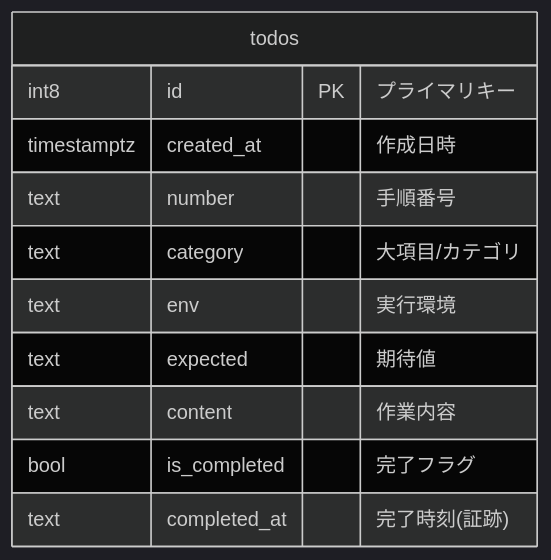
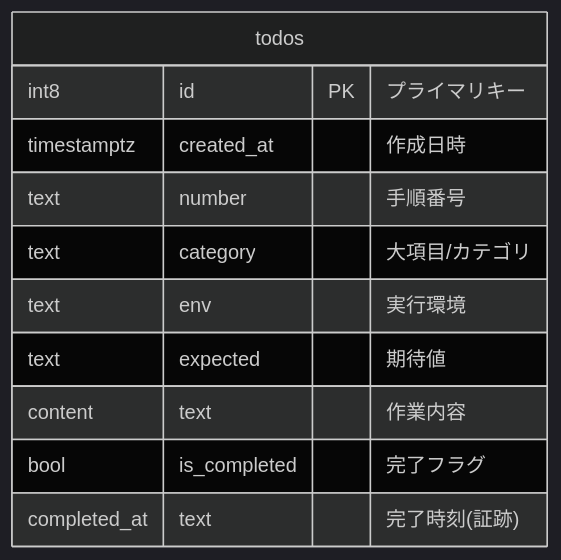
The second of 2 diagrams in README.md (Everybodyhappyok4416/standard-operating-procedures), drawn with Mermaid (dark theme) before and after one commit.

Commit message:
docs: update README and project structure

````diff
--- a/README.md
+++ b/README.md
@@ -53,14 +53,14 @@
 ```mermaid
 erDiagram
     todos {
         int8 id PK "プライマリキー"
         timestamptz created_at "作成日時"
         text number "手順番号"
         text category "大項目/カテゴリ"
         text env "実行環境"
         text expected "期待値"
-        text content "作業内容"
+        content text "作業内容"
         bool is_completed "完了フラグ"
-        text completed_at "完了時刻(証跡)"
+        completed_at text "完了時刻(証跡)"
     }
 ```
````
